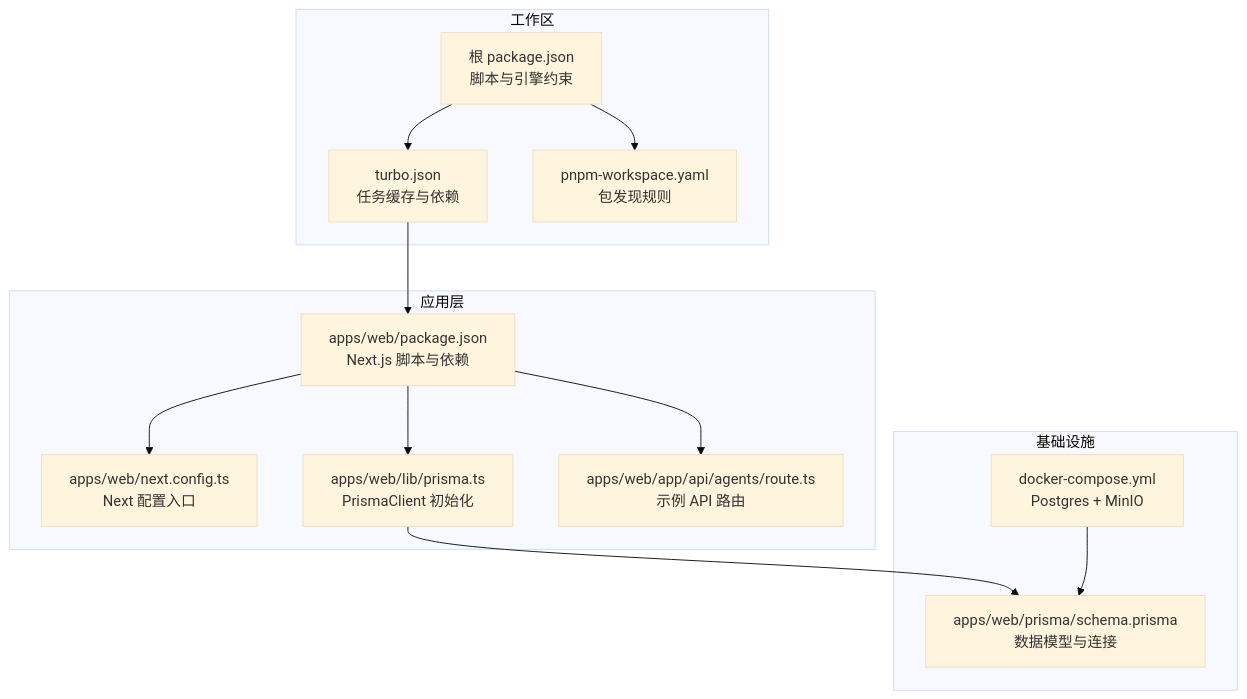
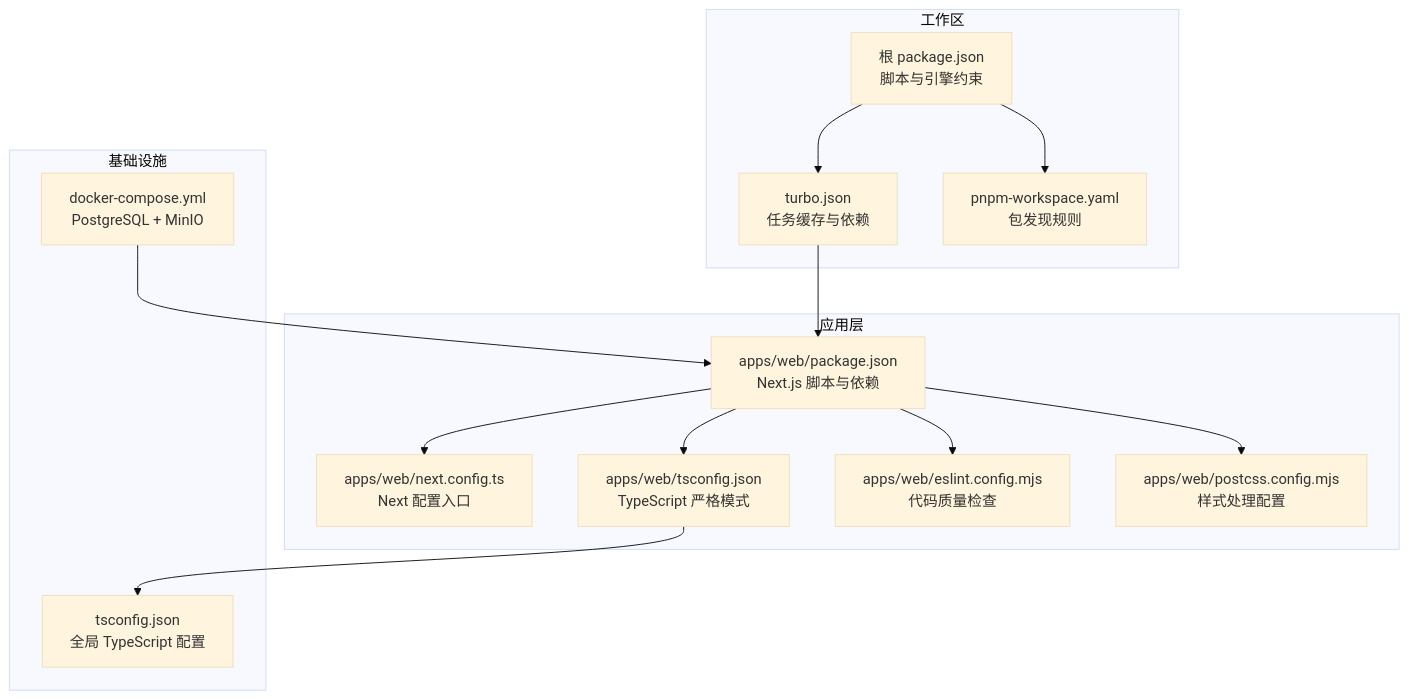
The first of 7 diagrams in .qoder/repowiki/zh/content/部署指南.md (ai-guru-global/agent-up), drawn with Mermaid (base theme) before and after one commit. The commit also changed other lines of this file and 57 other files, not shown here.

````diff
--- a/.qoder/repowiki/zh/content/部署指南.md
+++ b/.qoder/repowiki/zh/content/部署指南.md
@@ -42,26 +50,28 @@
 ```mermaid
 graph TB
 subgraph "工作区"
 A["根 package.json<br/>脚本与引擎约束"]
 B["turbo.json<br/>任务缓存与依赖"]
 C["pnpm-workspace.yaml<br/>包发现规则"]
 end
 subgraph "应用层"
 D["apps/web/package.json<br/>Next.js 脚本与依赖"]
 E["apps/web/next.config.ts<br/>Next 配置入口"]
-F["apps/web/lib/prisma.ts<br/>PrismaClient 初始化"]
-G["apps/web/app/api/agents/route.ts<br/>示例 API 路由"]
+F["apps/web/tsconfig.json<br/>TypeScript 严格模式"]
+G["apps/web/eslint.config.mjs<br/>代码质量检查"]
+H["apps/web/postcss.config.mjs<br/>样式处理配置"]
 end
 subgraph "基础设施"
-H["docker-compose.yml<br/>Postgres + MinIO"]
-I["apps/web/prisma/schema.prisma<br/>数据模型与连接"]
+I["docker-compose.yml<br/>PostgreSQL + MinIO"]
+J["tsconfig.json<br/>全局 TypeScript 配置"]
 end
 A --> B
 A --> C
 B --> D
 D --> E
 D --> F
 D --> G
-F --> I
-H --> I
+D --> H
+F --> J
+I --> D
 ```
````
